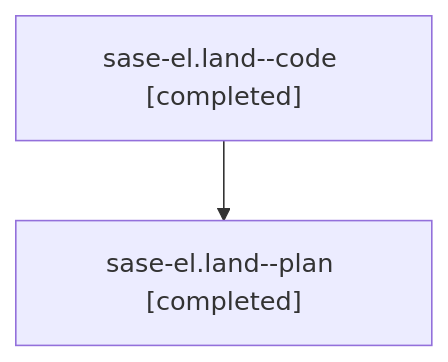
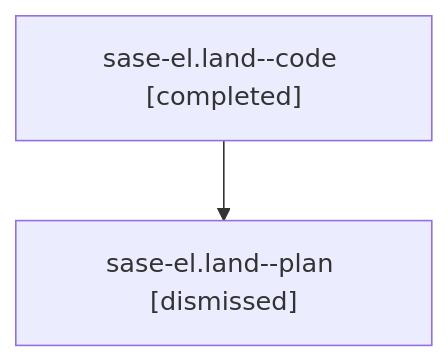
One commit to sase-org/sase--agents changed the diagram in families/bbugyi200.athena.sase-el.land.md. Above: the diagram before and after it, drawn with Mermaid. The commit also changed other lines of this file and 5813 other files, not shown here.

````diff
--- a/families/bbugyi200.athena.sase-el.land.md
+++ b/families/bbugyi200.athena.sase-el.land.md
@@ -9,6 +9,6 @@
 ```mermaid
 flowchart TD
   n0["sase-el.land--code [completed]"]
-  n1["sase-el.land--plan [completed]"]
+  n1["sase-el.land--plan [dismissed]"]
   n0 --> n1
 ```
````
